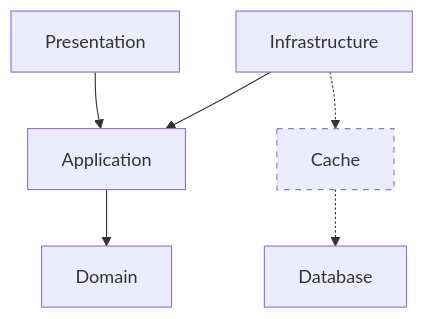
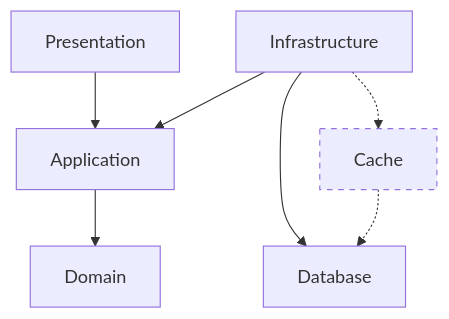
One commit to DanielNieuwoudt/dev-assess changed the first of 2 diagrams in Solution.README.md. Above: the diagram before and after it, drawn with Mermaid. The commit also changed other lines of this file, not shown here.

````diff
--- a/Solution.README.md
+++ b/Solution.README.md
@@ -159,17 +163,18 @@
 ```mermaid
 graph TD
 A[Presentation]
 B[Infrastructure]
 C[Application]
 D[Domain]
 E[Database]
 F[Cache]
 
 A --> C
 B --> C
 C --> D
 B -.-> F
+B --> E
 F -.-> E
 
 style F stroke-dasharray: 5, 5
 ```
````
